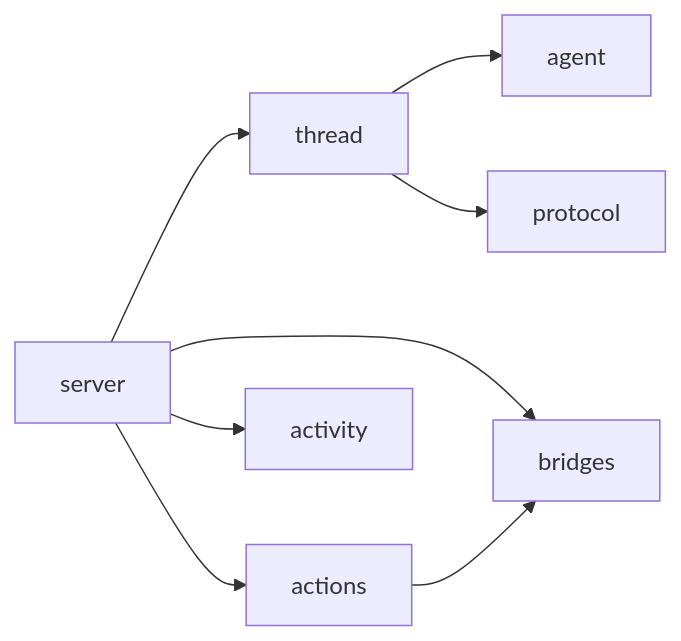
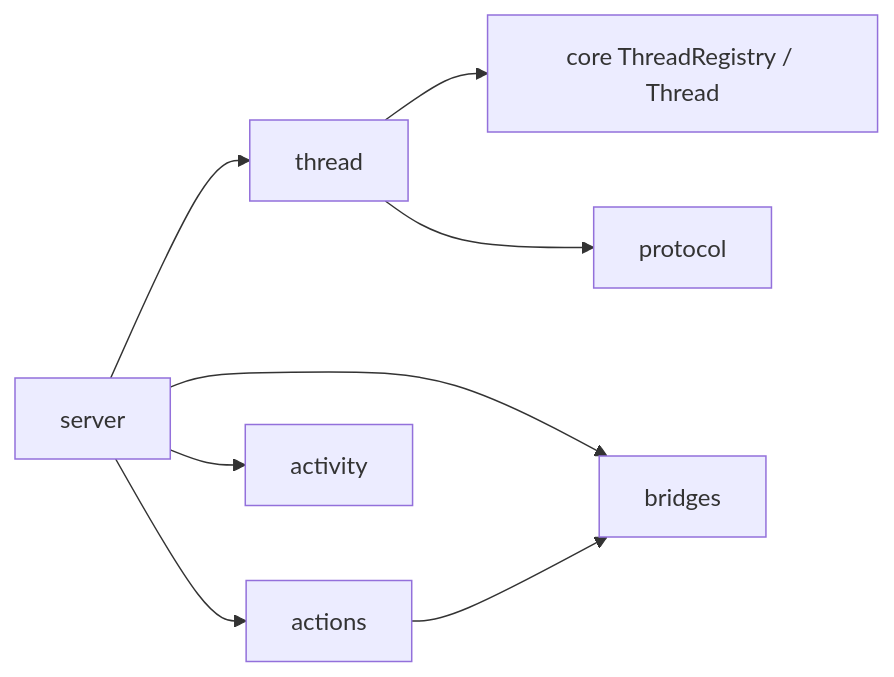
The diagram in apps/agent-server/src/src.md (Lixuhang987/Wisp-Pocket), drawn with Mermaid before and after one commit. The commit also changed other lines of this file and 34 other files, not shown here.

````diff
--- a/apps/agent-server/src/src.md
+++ b/apps/agent-server/src/src.md
@@ -18,10 +18,10 @@
 ```mermaid
 flowchart LR
   S[server] --> T[thread]
   S --> A[actions]
   S --> B[bridges]
   S --> V[activity]
-  T --> G[agent]
+  T --> C[core ThreadRegistry / Thread]
   T --> P[protocol]
   A --> B
 ```
````
